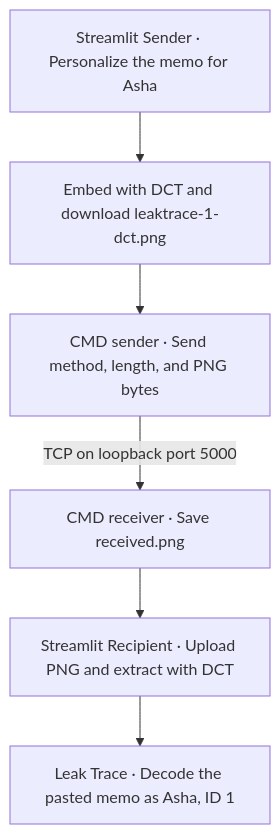
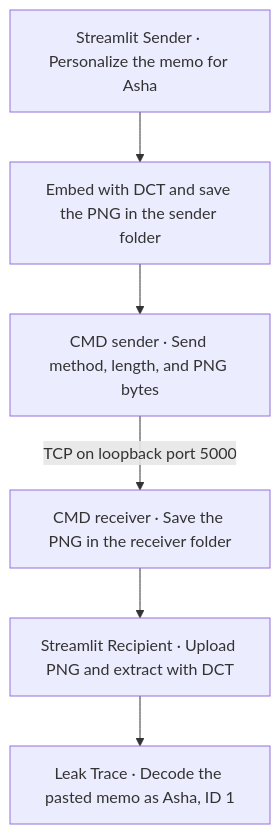
The second of 2 diagrams in README.md (SutikshanUpman/LEAKTRACE), drawn with Mermaid before and after one commit. The commit also changed other lines of this file, not shown here.

Commit message:
Separate sender and receiver demo outputs

````diff
--- a/README.md
+++ b/README.md
@@ -108,12 +108,12 @@
 ```mermaid
 flowchart TD
     Sender["Streamlit Sender · Personalize the memo for Asha"]
-    Export["Embed with DCT and download leaktrace-1-dct.png"]
+    Export["Embed with DCT and save the PNG in the sender folder"]
     Send["CMD sender · Send method, length, and PNG bytes"]
-    Receive["CMD receiver · Save received.png"]
+    Receive["CMD receiver · Save the PNG in the receiver folder"]
     Extract["Streamlit Recipient · Upload PNG and extract with DCT"]
     Trace["Leak Trace · Decode the pasted memo as Asha, ID 1"]
     Sender --> Export --> Send
     Send -->|"TCP on loopback port 5000"| Receive
     Receive --> Extract --> Trace
 ```
````
